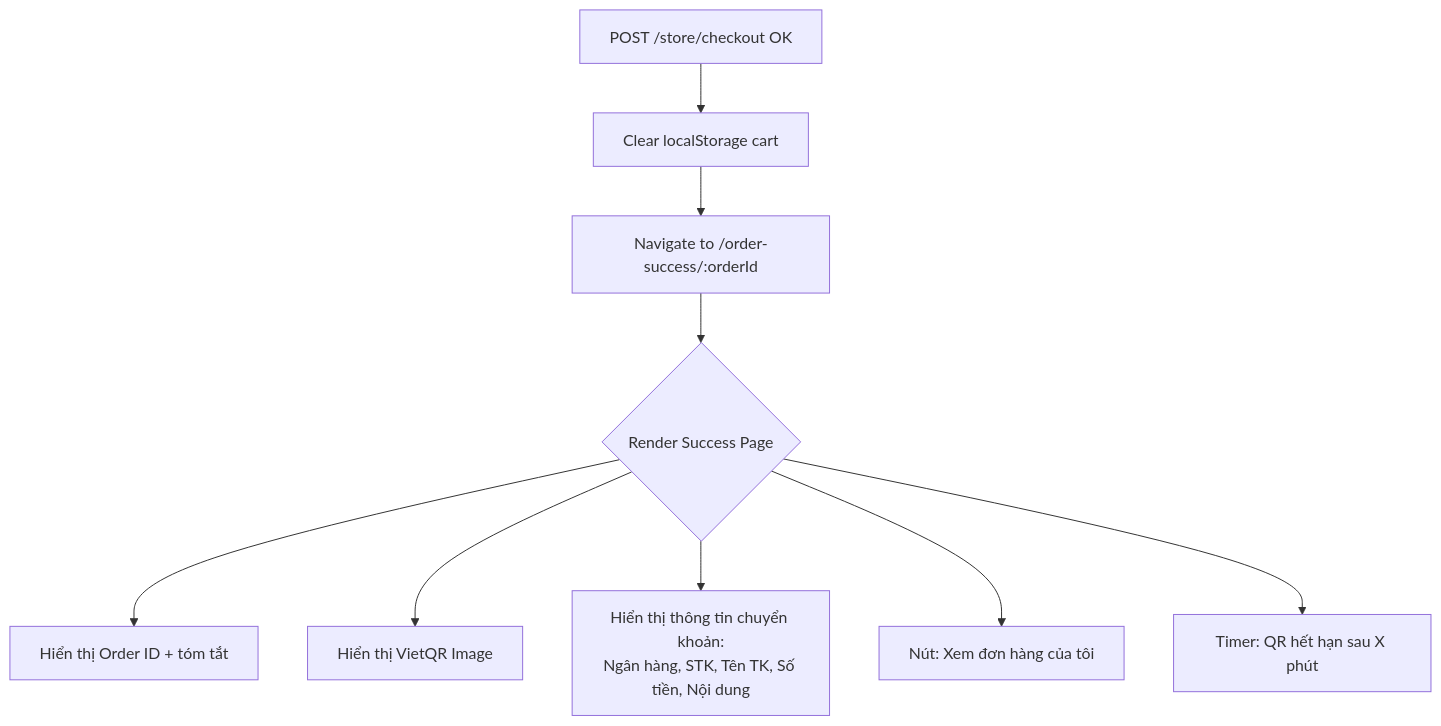
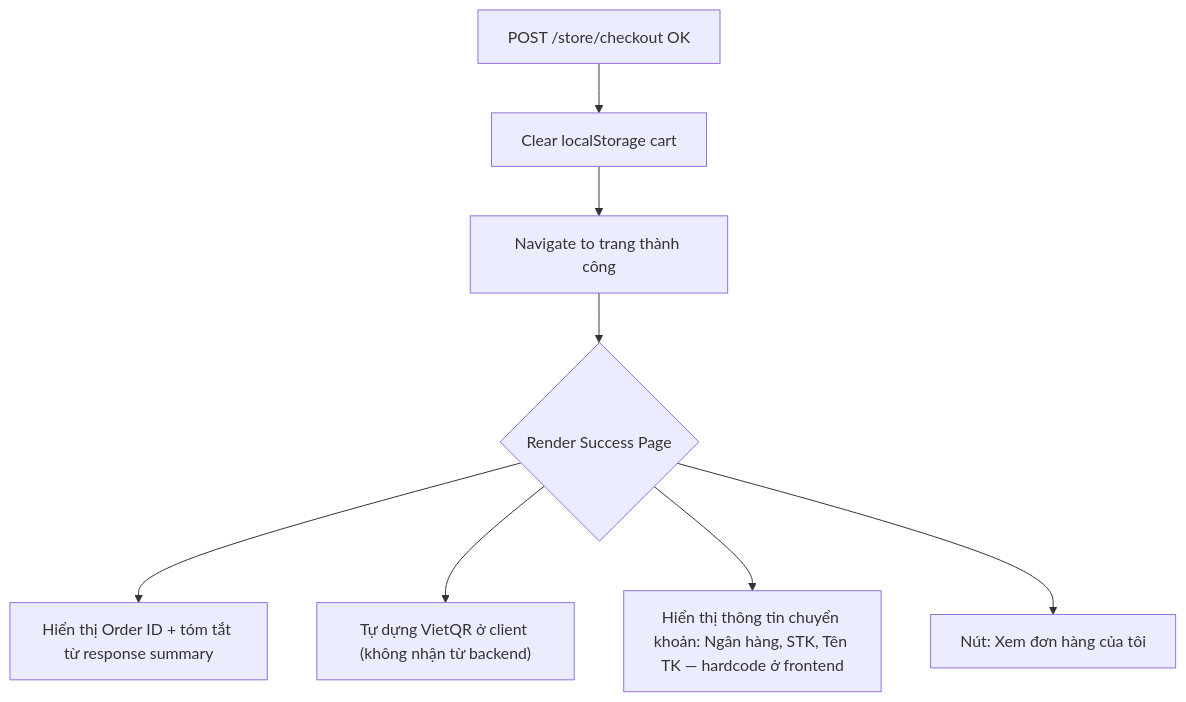
The fourth of 4 diagrams in docs/03-cart-checkout/data-flow.md (pathust/mong.fruitboxz), drawn with Mermaid before and after one commit. The commit also changed other lines of this file and 1 other file, not shown here.

````diff
--- a/docs/03-cart-checkout/data-flow.md
+++ b/docs/03-cart-checkout/data-flow.md
@@ -165,11 +149,10 @@
 ```mermaid
 flowchart TD
     A[POST /store/checkout OK] --> B[Clear localStorage cart]
-    B --> C[Navigate to /order-success/:orderId]
+    B --> C[Navigate to trang thành công]
     C --> D{Render Success Page}
-    D --> E[Hiển thị Order ID + tóm tắt]
-    D --> F[Hiển thị VietQR Image]
-    D --> G[Hiển thị thông tin chuyển khoản:\nNgân hàng, STK, Tên TK, Số tiền, Nội dung]
+    D --> E[Hiển thị Order ID + tóm tắt từ response summary]
+    D --> F["Tự dựng VietQR ở client (không nhận từ backend)"]
+    D --> G[Hiển thị thông tin chuyển khoản: Ngân hàng, STK, Tên TK — hardcode ở frontend]
     D --> H[Nút: Xem đơn hàng của tôi]
-    D --> I[Timer: QR hết hạn sau X phút]
 ```
````
